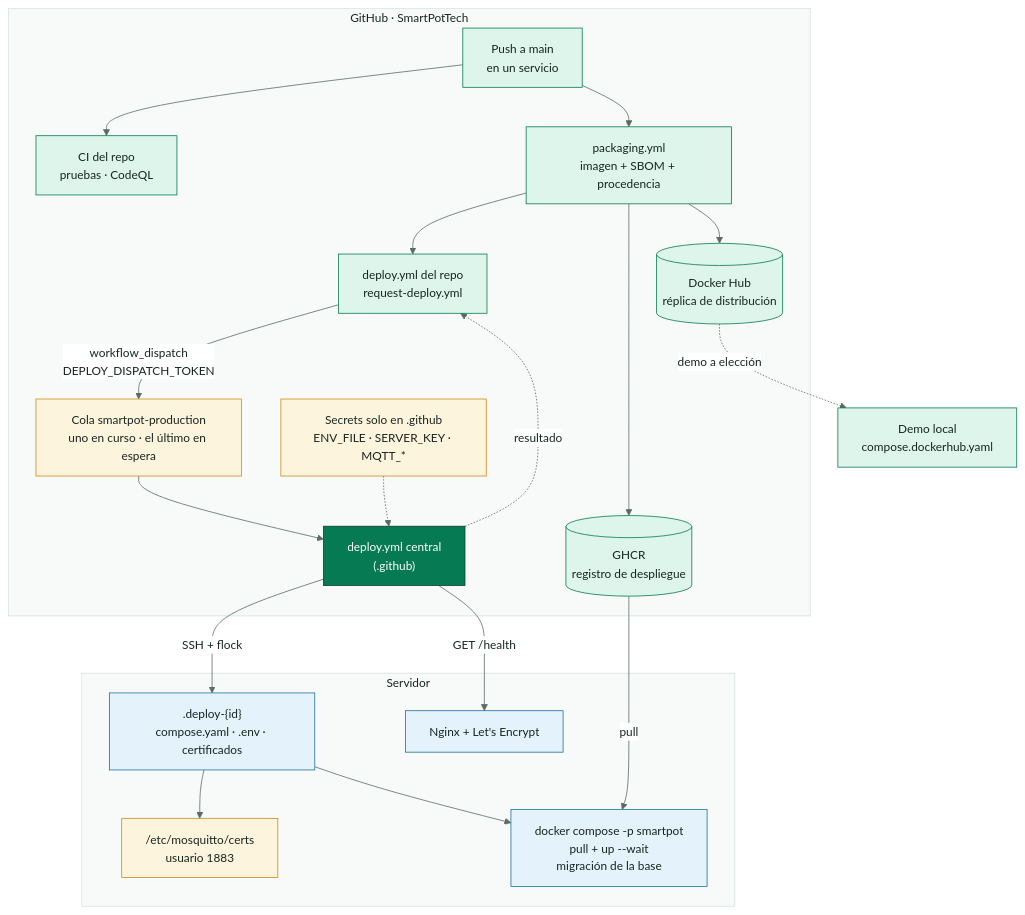
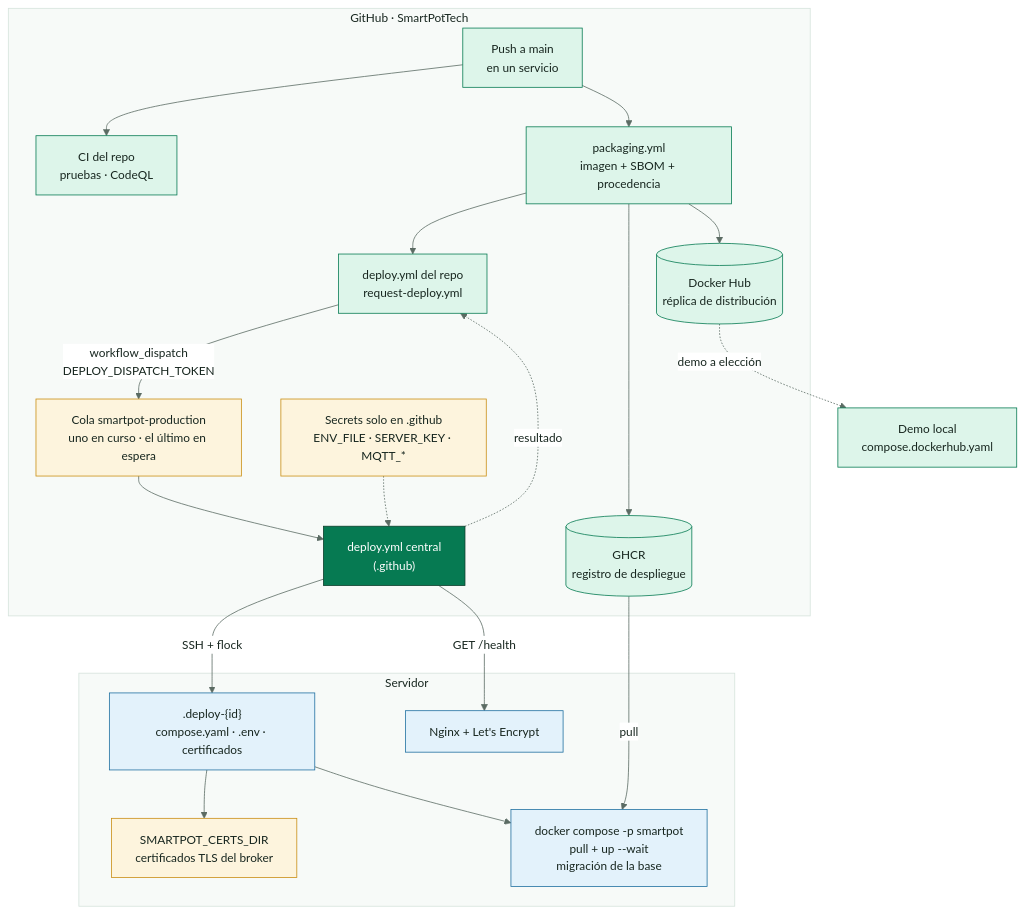
One commit to SmartPotTech/.github changed the diagram in docs/diagrams/SmartPot_06_Deployment.mmd. Above: the diagram before and after it, drawn with Mermaid. The commit also changed 21 other files, not shown here.

Commit message:
Update platform documentation and architecture diagrams for production Stack B [skip deploy] #no-deploy

```diff
--- a/docs/diagrams/SmartPot_06_Deployment.mmd
+++ b/docs/diagrams/SmartPot_06_Deployment.mmd
@@ -1,33 +1,33 @@
 %%{init: {"theme": "base", "fontFamily": "Segoe UI, Arial, sans-serif", "themeVariables": {"fontFamily": "Segoe UI, Arial, sans-serif", "fontSize": "15px", "primaryColor": "#DDF5EA", "primaryTextColor": "#17261F", "primaryBorderColor": "#067A52", "secondaryColor": "#E3F2FB", "secondaryTextColor": "#17261F", "secondaryBorderColor": "#1F6FA0", "tertiaryColor": "#F2F7F4", "tertiaryTextColor": "#17261F", "tertiaryBorderColor": "#D5E3DC", "lineColor": "#5B6B63", "textColor": "#17261F", "mainBkg": "#DDF5EA", "nodeBorder": "#067A52", "clusterBkg": "#F7FAF8", "clusterBorder": "#D5E3DC", "edgeLabelBackground": "#FFFFFF", "actorBkg": "#067A52", "actorBorder": "#0B3D2B", "actorTextColor": "#FFFFFF", "actorLineColor": "#5B6B63", "signalColor": "#17261F", "signalTextColor": "#17261F", "labelBoxBkgColor": "#0B3D2B", "labelBoxBorderColor": "#0B3D2B", "labelTextColor": "#FFFFFF", "loopTextColor": "#0B3D2B", "noteBkgColor": "#FDF4DD", "noteBorderColor": "#C98D12", "noteTextColor": "#17261F", "activationBkgColor": "#DDF5EA", "activationBorderColor": "#067A52", "attributeBackgroundColorOdd": "#FFFFFF", "attributeBackgroundColorEven": "#F2F7F4"}}}%%
 flowchart TB
   subgraph github["GitHub · SmartPotTech"]
     repo["Push a main<br/>en un servicio"] --> ci["CI del repo<br/>pruebas · CodeQL"]
     repo --> pkg["packaging.yml<br/>imagen + SBOM + procedencia"]
     pkg --> ghcr[("GHCR<br/>registro de despliegue")]
     pkg --> hub[("Docker Hub<br/>réplica de distribución")]
     pkg --> dep["deploy.yml del repo<br/>request-deploy.yml"]
     dep -->|"workflow_dispatch<br/>DEPLOY_DISPATCH_TOKEN"| queue["Cola smartpot-production<br/>uno en curso · el último en espera"]
     queue --> central["deploy.yml central<br/>(.github)"]
     central -.->|"resultado"| dep
     secrets["Secrets solo en .github<br/>ENV_FILE · SERVER_KEY · MQTT_*"] -.-> central
   end
   subgraph servidor["Servidor"]
     stage[".deploy-{id}<br/>compose.yaml · .env · certificados"]
-    certs["/etc/mosquitto/certs<br/>usuario 1883"]
+    certs["SMARTPOT_CERTS_DIR<br/>certificados TLS del broker"]
     compose["docker compose -p smartpot<br/>pull + up --wait<br/>migración de la base"]
     nginx["Nginx + Let's Encrypt"]
   end
   central -->|"SSH + flock"| stage
   stage --> certs
   stage --> compose
   ghcr -->|"pull"| compose
   hub -.->|"demo a elección"| demo["Demo local<br/>compose.dockerhub.yaml"]
   central -->|"GET /health"| nginx
   classDef gh fill:#DDF5EA,stroke:#067A52,color:#17261F
   classDef key fill:#FDF4DD,stroke:#C98D12,color:#17261F
   classDef srv fill:#E3F2FB,stroke:#1F6FA0,color:#17261F
   classDef core fill:#067A52,stroke:#0B3D2B,color:#FFFFFF
   class repo,ci,pkg,dep,demo gh
   class central core
   class secrets,certs,queue key
   class stage,compose,nginx srv
```
